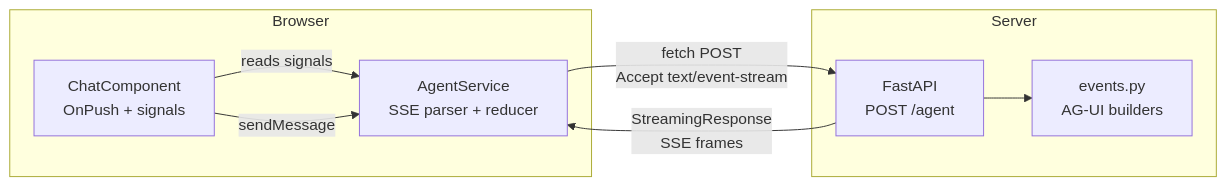
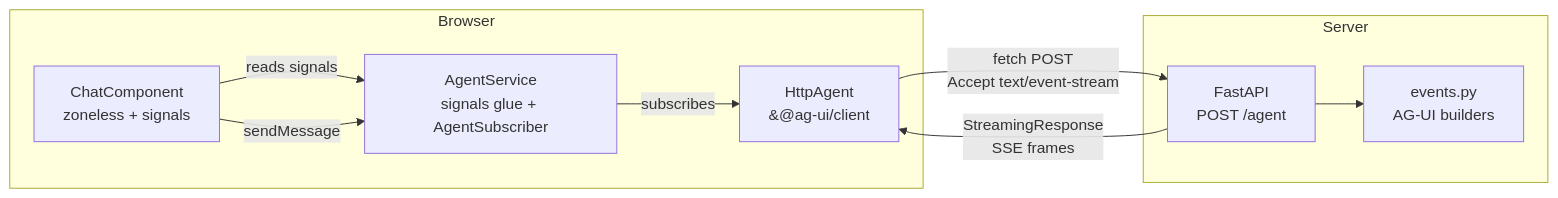
Before and after one commit to fenimorebaena-creai/creai-techresearch-ag-ui-angular: the first of 2 diagrams in docs/architecture.md, drawn with Mermaid. The commit also changed other lines of this file and 2 other files, not shown here.

First line of the commit message:
docs: refresh README + architecture for the HttpAgent migration

````diff
--- a/docs/architecture.md
+++ b/docs/architecture.md
@@ -8,16 +8,18 @@
 ```mermaid
 flowchart LR
     subgraph Browser
-        UI[ChatComponent<br/>OnPush + signals]
-        Service[AgentService<br/>SSE parser + reducer]
+        UI[ChatComponent<br/>zoneless + signals]
+        Service[AgentService<br/>signals glue + AgentSubscriber]
+        Http[HttpAgent<br/>&#64;ag-ui/client]
         UI -->|reads signals| Service
+        Service -->|subscribes| Http
     end
     subgraph Server
         FastAPI[FastAPI<br/>POST /agent]
         Events[events.py<br/>AG-UI builders]
         FastAPI --> Events
     end
     UI -->|sendMessage| Service
-    Service -->|fetch POST<br/>Accept text/event-stream| FastAPI
-    FastAPI -->|StreamingResponse<br/>SSE frames| Service
+    Http -->|fetch POST<br/>Accept text/event-stream| FastAPI
+    FastAPI -->|StreamingResponse<br/>SSE frames| Http
 ```
````
